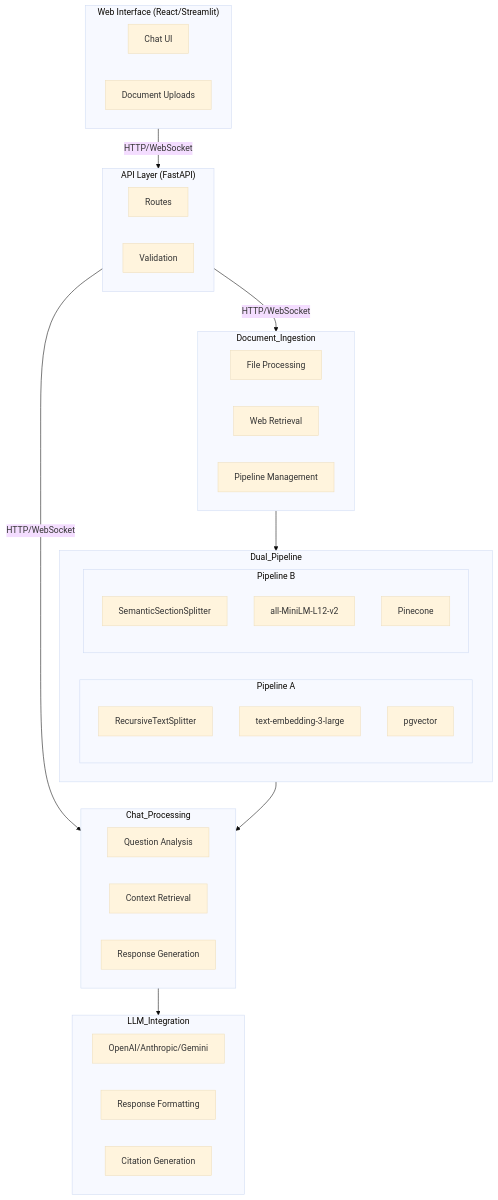
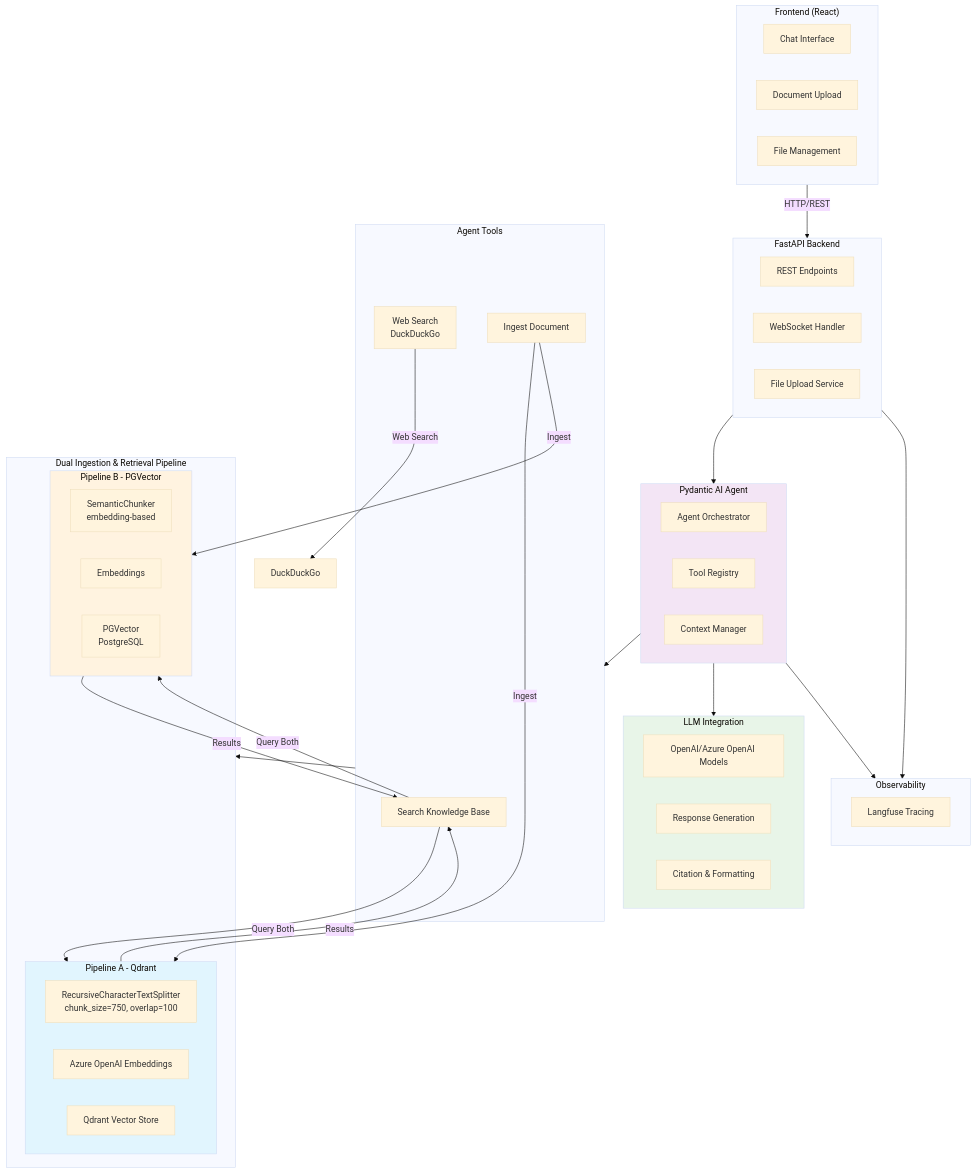
Before and after one commit to AmgadHasan/diagnostics-chatbot: the diagram in README.md, drawn with Mermaid (base theme). The commit also changed other lines of this file and 3 other files, not shown here.

Commit message:
Add mermaid diagram

````diff
--- a/README.md
+++ b/README.md
@@ -12,50 +28,82 @@
 ```mermaid
 flowchart TD
-    subgraph Web_Interface["Web Interface (React/Streamlit)"]
-        A[Chat UI]
-        B[Document Uploads]
+    subgraph Frontend["Frontend (React)"]
+        A[Chat Interface]
+        B[Document Upload]
+        C[File Management]
     end
 
-    subgraph API_Layer["API Layer (FastAPI)"]
-        C[Routes]
-        E[Validation]
+    subgraph API_Layer["FastAPI Backend"]
+        D[REST Endpoints]
+        E[WebSocket Handler]
+        F[File Upload Service]
     end
 
-    subgraph Document_Ingestion
-        F[File Processing]
-        G[Web Retrieval]
-        H[Pipeline Management]
+    subgraph Agent_Layer["Pydantic AI Agent"]
+        G[Agent Orchestrator]
+        H[Tool Registry]
+        I[Context Manager]
     end
 
-    subgraph Chat_Processing
-        I[Question Analysis]
-        J[Context Retrieval]
-        K[Response Generation]
+    subgraph Tools["Agent Tools"]
+        J[Search Knowledge Base]
+        K[Web Search<br/>DuckDuckGo]
+        L[Ingest Document]
     end
 
-    subgraph Dual_Pipeline
-        subgraph Pipeline_A["Pipeline A"]
-            L[RecursiveTextSplitter]
-            M[text-embedding-3-large]
-            N[pgvector]
+    subgraph Dual_Pipeline["Dual Ingestion & Retrieval Pipeline"]
+        subgraph Pipeline_A["Pipeline A - Qdrant"]
+            M[RecursiveCharacterTextSplitter<br/>chunk_size=750, overlap=100]
+            N[Azure OpenAI Embeddings]
+            O[Qdrant Vector Store]
         end
-        subgraph Pipeline_B["Pipeline B"]
-            O[SemanticSectionSplitter]
-            P[all-MiniLM-L12-v2]
-            Q[Pinecone]
+        
+        subgraph Pipeline_B["Pipeline B - PGVector"]
+            P[SemanticChunker<br/>embedding-based]
+            Q[Embeddings]
+            R[PGVector<br/>PostgreSQL]
         end
     end
 
-    subgraph LLM_Integration
-        R[OpenAI/Anthropic/Gemini]
-        S[Response Formatting]
-        T[Citation Generation]
+    subgraph LLM_Integration["LLM Integration"]
+        S[OpenAI/Azure OpenAI Models]
+        T[Response Generation]
+        U[Citation & Formatting]
     end
 
-    Web_Interface -->|HTTP/WebSocket| API_Layer
-    API_Layer -->|HTTP/WebSocket| Document_Ingestion
-    API_Layer -->|HTTP/WebSocket| Chat_Processing
-    Document_Ingestion --> Dual_Pipeline
-    Dual_Pipeline --> Chat_Processing
-    Chat_Processing --> LLM_Integration
+    subgraph Observability["Observability"]
+        V[Langfuse Tracing]
+    end
+
+    %% Data Flow
+    Frontend -->|HTTP/REST| API_Layer
+    API_Layer --> Agent_Layer
+    
+    Agent_Layer --> Tools
+    Tools --> Dual_Pipeline
+    
+    %% Ingestion Flow
+    J -->|Query Both| Pipeline_A
+    J -->|Query Both| Pipeline_B
+    L -->|Ingest| Pipeline_A
+    L -->|Ingest| Pipeline_B
+    
+    %% Retrieval Flow
+    Pipeline_A -->|Results| J
+    Pipeline_B -->|Results| J
+    
+    %% LLM Processing
+    Agent_Layer --> LLM_Integration
+    
+    %% External Services
+    K -->|Web Search| DuckDuckGo
+    
+    %% Observability
+    Agent_Layer --> Observability
+    API_Layer --> Observability
+
+    style Pipeline_A fill:#e1f5fe
+    style Pipeline_B fill:#fff3e0
+    style Agent_Layer fill:#f3e5f5
+    style LLM_Integration fill:#e8f5e8
 ```
````
